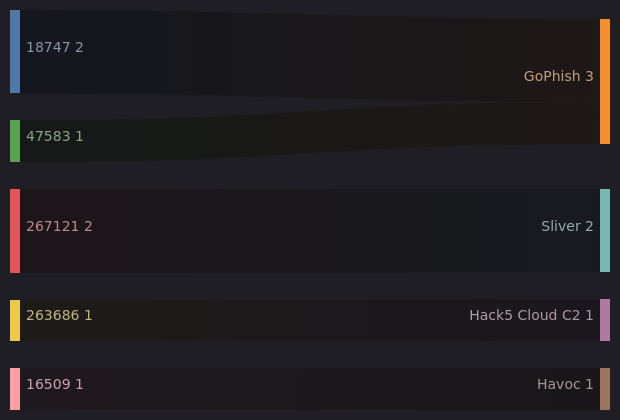
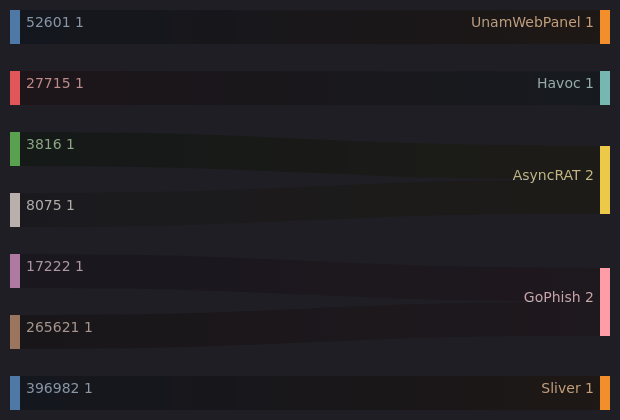
One commit to ZoqueLabs/website changed the eighth of 8 diagrams in zolim.md. Above: the diagram before and after it, drawn with Mermaid. The commit also changed other lines of this file, not shown here.

````diff
--- a/zolim.md
+++ b/zolim.md
@@ -233,13 +233,15 @@
 ```mermaid
 ---
 config:
   theme: dark
 ---
 %% Δ ASN → Threat (new edges)
 sankey-beta
-  18747,GoPhish,2
-  267121,Sliver,2
-  47583,GoPhish,1
-  263686,Hack5 Cloud C2,1
-  16509,Havoc,1
+  52601,UnamWebPanel,1
+  27715,Havoc,1
+  3816,AsyncRAT,1
+  17222,GoPhish,1
+  265621,GoPhish,1
+  8075,AsyncRAT,1
+  396982,Sliver,1
 ```
````
